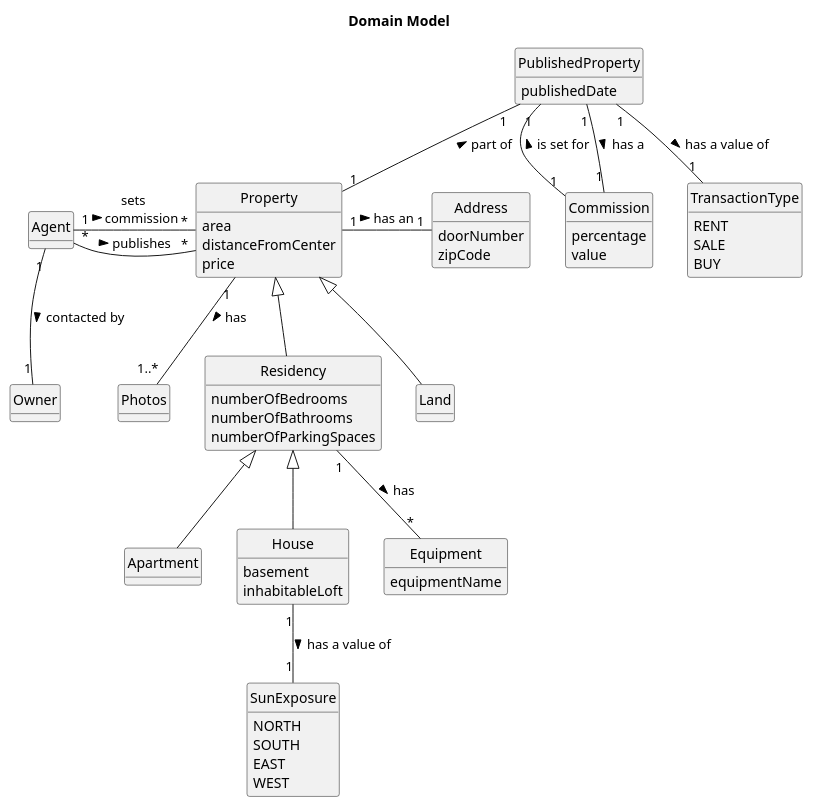
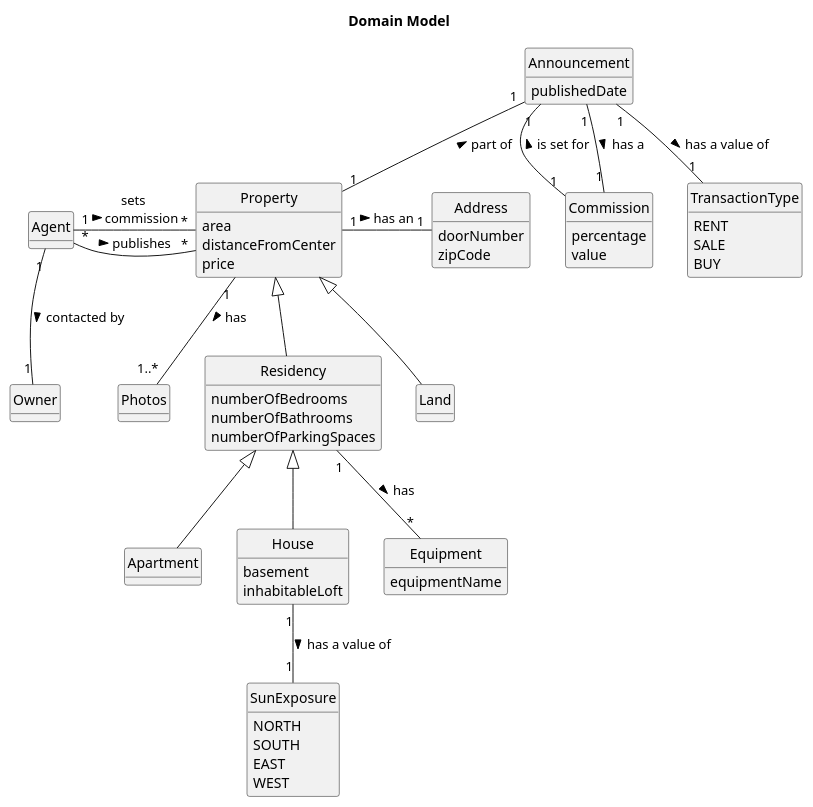
Before and after one commit to Goncalves2525/real-estate-management-system: the diagram in docs/sprintD/us002/02.analysis/puml/us002-domain-model.puml, drawn with PlantUML. The commit also changed 10 other files, not shown here.

```diff
--- a/docs/sprintD/us002/02.analysis/puml/us002-domain-model.puml
+++ b/docs/sprintD/us002/02.analysis/puml/us002-domain-model.puml
@@ -1,102 +1,102 @@
 @startuml
 skinparam monochrome true
 skinparam packageStyle rectangle
 skinparam shadowing false
 skinparam classAttributeIconSize 0
 'skinparam linetype ortho
 hide circle
 hide methods
 
 title Domain Model
 
 'class Employee{
 '}
 
 class Agent {
 }
 
 class Property{
     area
     distanceFromCenter
     price
 }
 
 class Photos {
 }
 
 class Address{
     doorNumber
     zipCode
 }
 
 class Apartment extends Residency{
 }
 
 class House extends Residency{
     basement
     inhabitableLoft
 }
 
 class Residency extends Property{
     numberOfBedrooms
     numberOfBathrooms
     numberOfParkingSpaces
 
 }
 
-class PublishedProperty{
+class Announcement{
     publishedDate
     'publishedBy
 }
 
 class Commission{
     percentage
     value
 }
 
 'class TypeOfProperty{
 '    APARTMENT
 '    HOUSE
 '    LAND
 '}
 
 class Land extends Property{
 }
 
 class Equipment{
     equipmentName
 }
 
 
 class SunExposure{
 NORTH
 SOUTH
 EAST
 WEST
 }
 
 class TransactionType{
 RENT
 SALE
 BUY
 }
 
 
 'PublishedProperty "1" -- "1" TypeOfProperty: has a >
 Agent "1" -- "1" Owner : contacted by >
 Agent "*" -- "*" Property: publishes >
 Agent "1" - "*" Property: sets \ncommission >
 'Request' "*" -- "1" Agent: is sent to >
 'Request "1" - "1" Property: has >
 'Request "1" - "1" TransactionType: has >
 Property "1" -- "1..*" Photos: has >
-PublishedProperty "1" -- "1" Commission: is set for <
+Announcement "1" -- "1" Commission: is set for <
 Residency "1" -- "*" Equipment: has >
-PublishedProperty "1" -- "1" Property: part of <
+Announcement "1" -- "1" Property: part of <
 Property "1" - "1" Address: has an >
-PublishedProperty "1" -- "1" Commission : has a >
+Announcement "1" -- "1" Commission : has a >
 House "1" -- "1" SunExposure: has a value of >
-PublishedProperty "1" -- "1" TransactionType: has a value of >
+Announcement "1" -- "1" TransactionType: has a value of >
 
 
 @enduml
```
